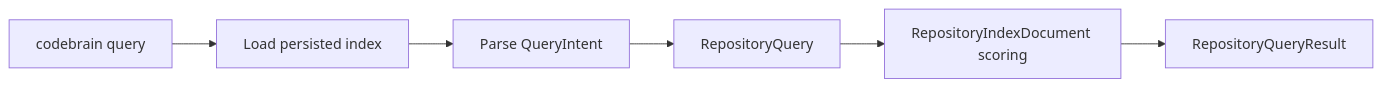
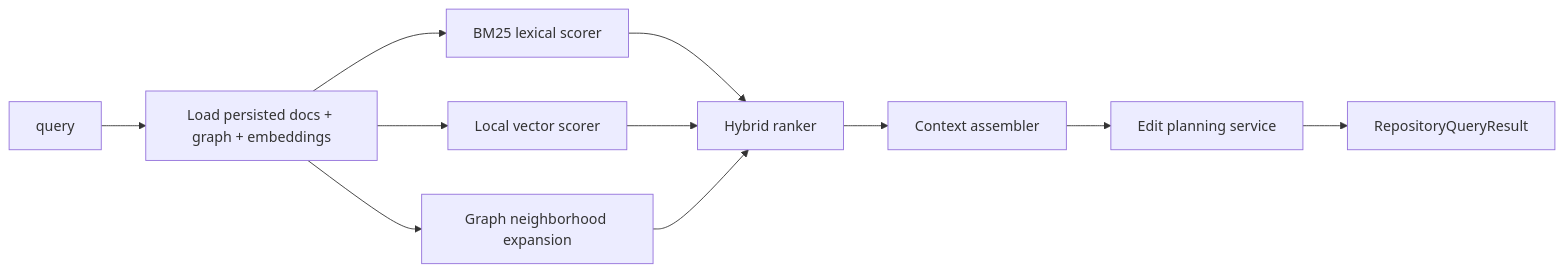
The third of 4 diagrams in ARCHITECTURE.md (Gavinluo/Oscar), drawn with Mermaid before and after one commit. The commit also changed other lines of this file and 32 other files, not shown here.

Commit message:
Add hybrid retrieval and repository QA workspace

````diff
--- a/ARCHITECTURE.md
+++ b/ARCHITECTURE.md
@@ -96,8 +68,13 @@
 ```mermaid
 flowchart LR
-    A["codebrain query"] --> B["Load persisted index"]
-    B --> C["Parse QueryIntent"]
-    C --> D["RepositoryQuery"]
-    D --> E["RepositoryIndexDocument scoring"]
-    E --> F["RepositoryQueryResult"]
+    A["query"] --> B["Load persisted docs + graph + embeddings"]
+    B --> C["BM25 lexical scorer"]
+    B --> D["Local vector scorer"]
+    B --> E["Graph neighborhood expansion"]
+    C --> F["Hybrid ranker"]
+    D --> F
+    E --> F
+    F --> G["Context assembler"]
+    G --> H["Edit planning service"]
+    H --> I["RepositoryQueryResult"]
 ```
````
